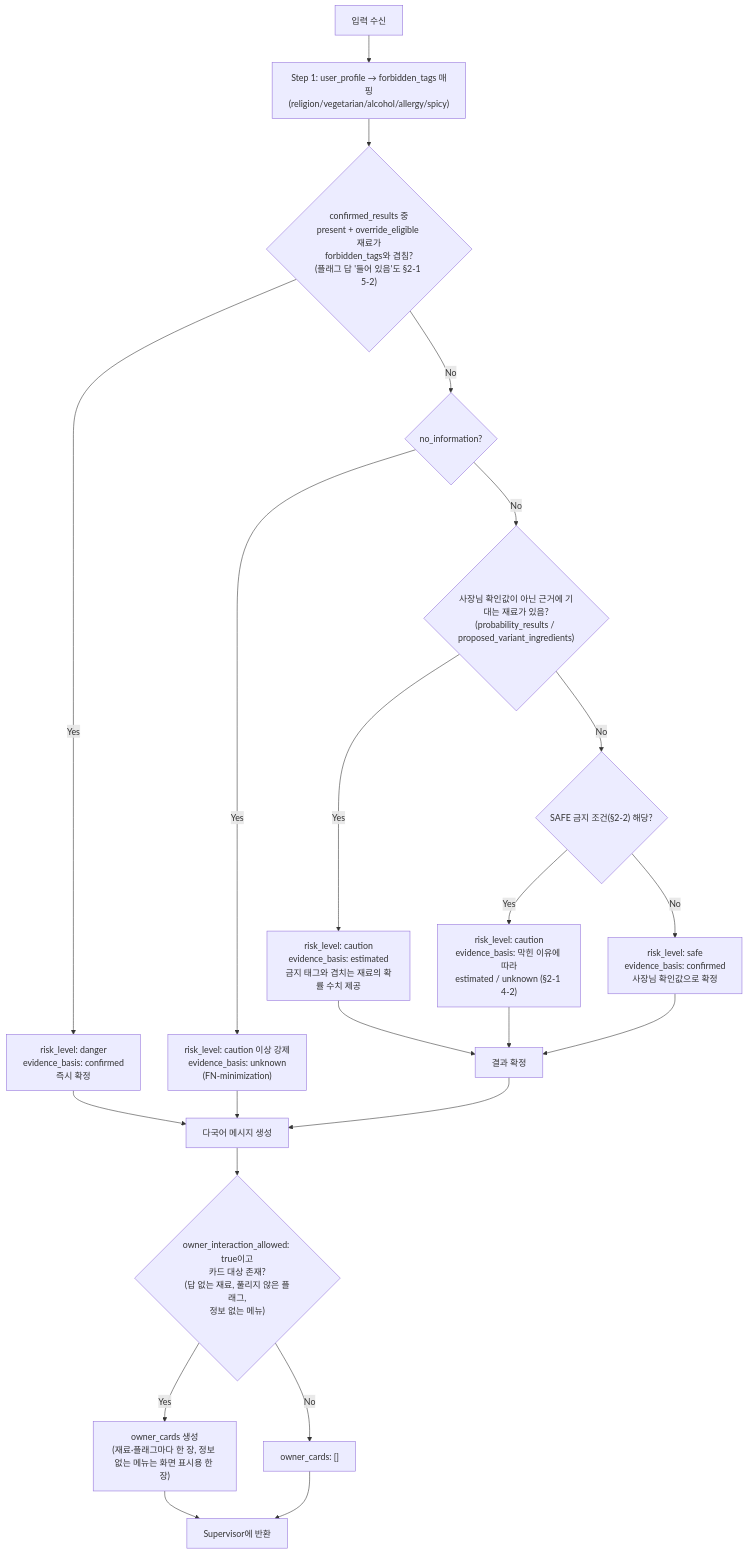
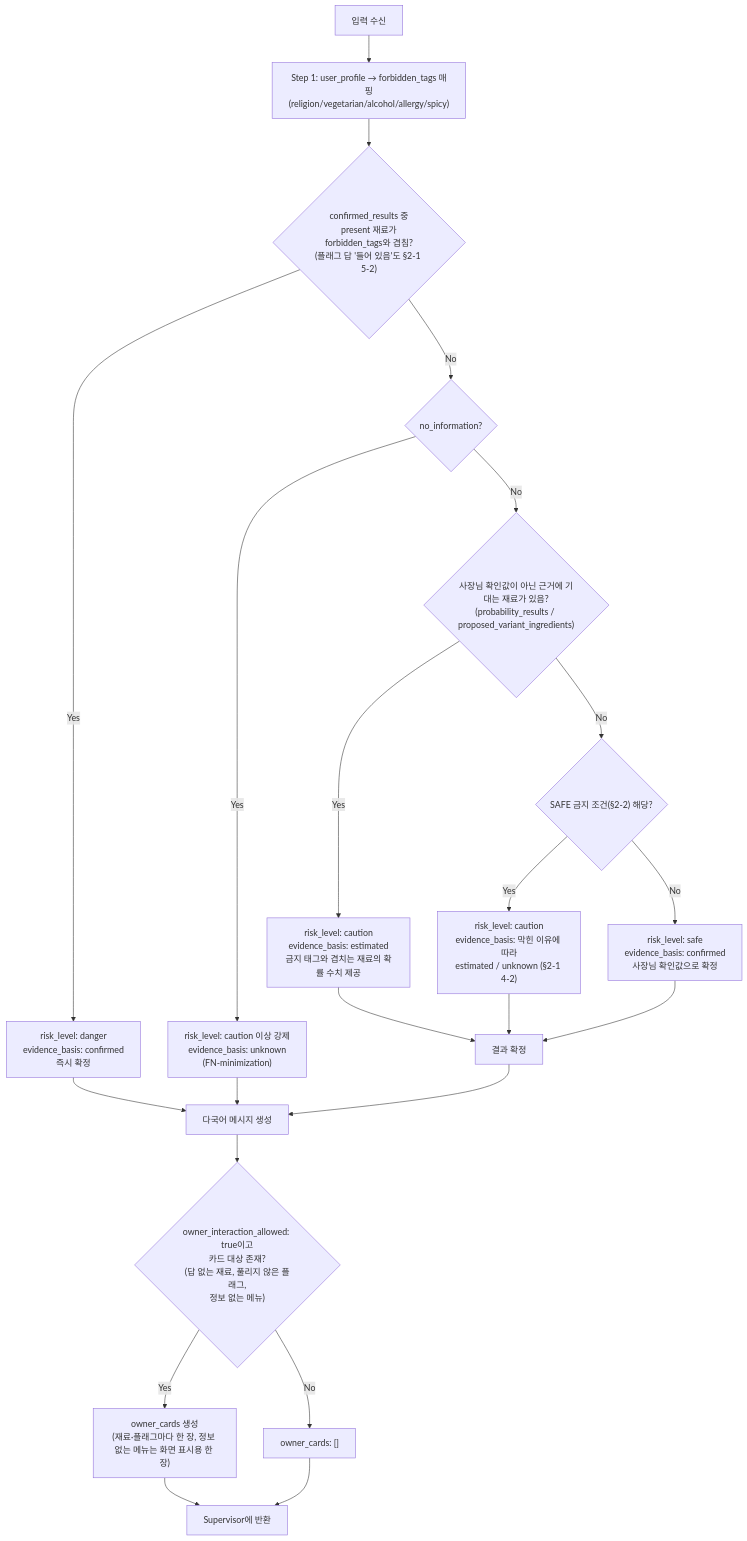
The diagram in docs/8-agent-xai.md (Han-Spoon/ai), drawn with Mermaid before and after one commit. The commit also changed other lines of this file and 10 other files, not shown here.

````diff
--- a/docs/8-agent-xai.md
+++ b/docs/8-agent-xai.md
@@ -195,24 +195,24 @@
 ```mermaid
 flowchart TD
     IN["입력 수신"] --> P1["Step 1: user_profile → forbidden_tags 매핑\n(religion/vegetarian/alcohol/allergy/spicy)"]
-    P1 --> P2{"confirmed_results 중\npresent + override_eligible 재료가\nforbidden_tags와 겹침?\n(플래그 답 '들어 있음'도 §2-1 5-2)"}
+    P1 --> P2{"confirmed_results 중\npresent 재료가\nforbidden_tags와 겹침?\n(플래그 답 '들어 있음'도 §2-1 5-2)"}
     P2 -->|Yes| DANGER["risk_level: danger\nevidence_basis: confirmed\n즉시 확정"]
     P2 -->|No| P3{no_information?}
     P3 -->|Yes| CAUTION1["risk_level: caution 이상 강제\nevidence_basis: unknown\n(FN-minimization)"]
     P3 -->|No| P4{"사장님 확인값이 아닌 근거에 기대는 재료가 있음?\n(probability_results / proposed_variant_ingredients)"}
     P4 -->|Yes| CAUTION2["risk_level: caution\nevidence_basis: estimated\n금지 태그와 겹치는 재료의 확률 수치 제공"]
     P4 -->|No| P5{"SAFE 금지 조건(§2-2) 해당?"}
     P5 -->|Yes| CAUTION3["risk_level: caution\nevidence_basis: 막힌 이유에 따라\nestimated / unknown (§2-1 4-2)"]
     P5 -->|No| SAFE["risk_level: safe\nevidence_basis: confirmed\n사장님 확인값으로 확정"]
     CAUTION2 --> P7[결과 확정]
     CAUTION3 --> P7
     SAFE --> P7
     P7 --> MSG["다국어 메시지 생성"]
     DANGER --> MSG
     CAUTION1 --> MSG
     MSG --> OC{"owner_interaction_allowed: true이고\n카드 대상 존재?\n(답 없는 재료, 풀리지 않은 플래그,\n정보 없는 메뉴)"}
     OC -->|Yes| CARD["owner_cards 생성\n(재료·플래그마다 한 장, 정보 없는 메뉴는 화면 표시용 한 장)"]
     OC -->|No| DONE["owner_cards: []"]
     CARD --> OUT[Supervisor에 반환]
     DONE --> OUT
 ```
````
